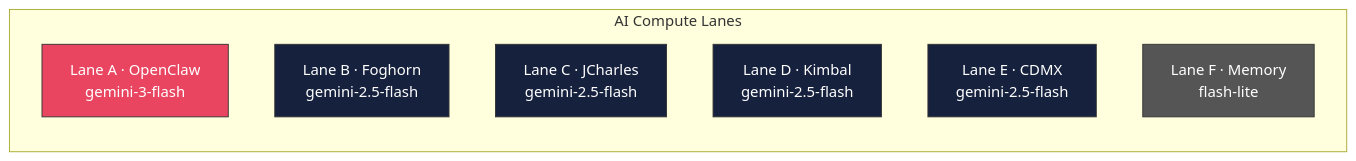
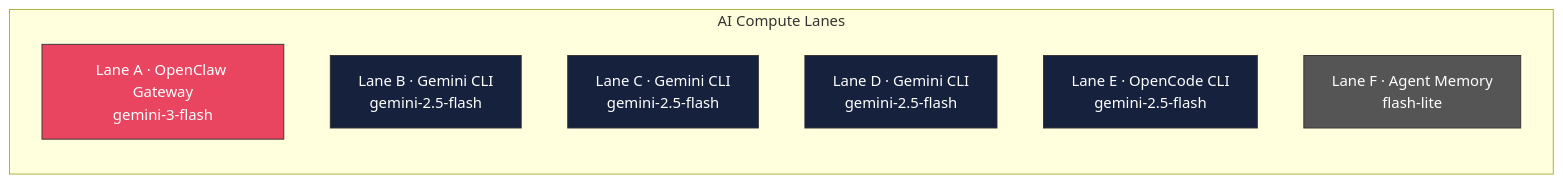
The first of 2 diagrams in README.md (doc-rogers/workshop), drawn with Mermaid before and after one commit. The commit also changed other lines of this file, not shown here.

Commit message:
Anonymize compute lanes — replace personal names with CLI/tool labels

````diff
--- a/README.md
+++ b/README.md
@@ -184,18 +184,18 @@
 ```mermaid
 graph LR
     subgraph LANES["AI Compute Lanes"]
-        A["Lane A · OpenClaw<br/>gemini-3-flash"]
-        B["Lane B · Foghorn<br/>gemini-2.5-flash"]
-        C["Lane C · JCharles<br/>gemini-2.5-flash"]
-        D["Lane D · Kimbal<br/>gemini-2.5-flash"]
-        E["Lane E · CDMX<br/>gemini-2.5-flash"]
-        F["Lane F · Memory<br/>flash-lite"]
+        A["Lane A · OpenClaw Gateway<br/>gemini-3-flash"]
+        B["Lane B · Gemini CLI<br/>gemini-2.5-flash"]
+        C["Lane C · Gemini CLI<br/>gemini-2.5-flash"]
+        D["Lane D · Gemini CLI<br/>gemini-2.5-flash"]
+        E["Lane E · OpenCode CLI<br/>gemini-2.5-flash"]
+        F["Lane F · Agent Memory<br/>flash-lite"]
     end
 
     style A fill:#e94560,stroke:#333,color:#fff
     style B fill:#16213e,stroke:#333,color:#fff
     style C fill:#16213e,stroke:#333,color:#fff
     style D fill:#16213e,stroke:#333,color:#fff
     style E fill:#16213e,stroke:#333,color:#fff
     style F fill:#555,stroke:#333,color:#fff
 ```
````
